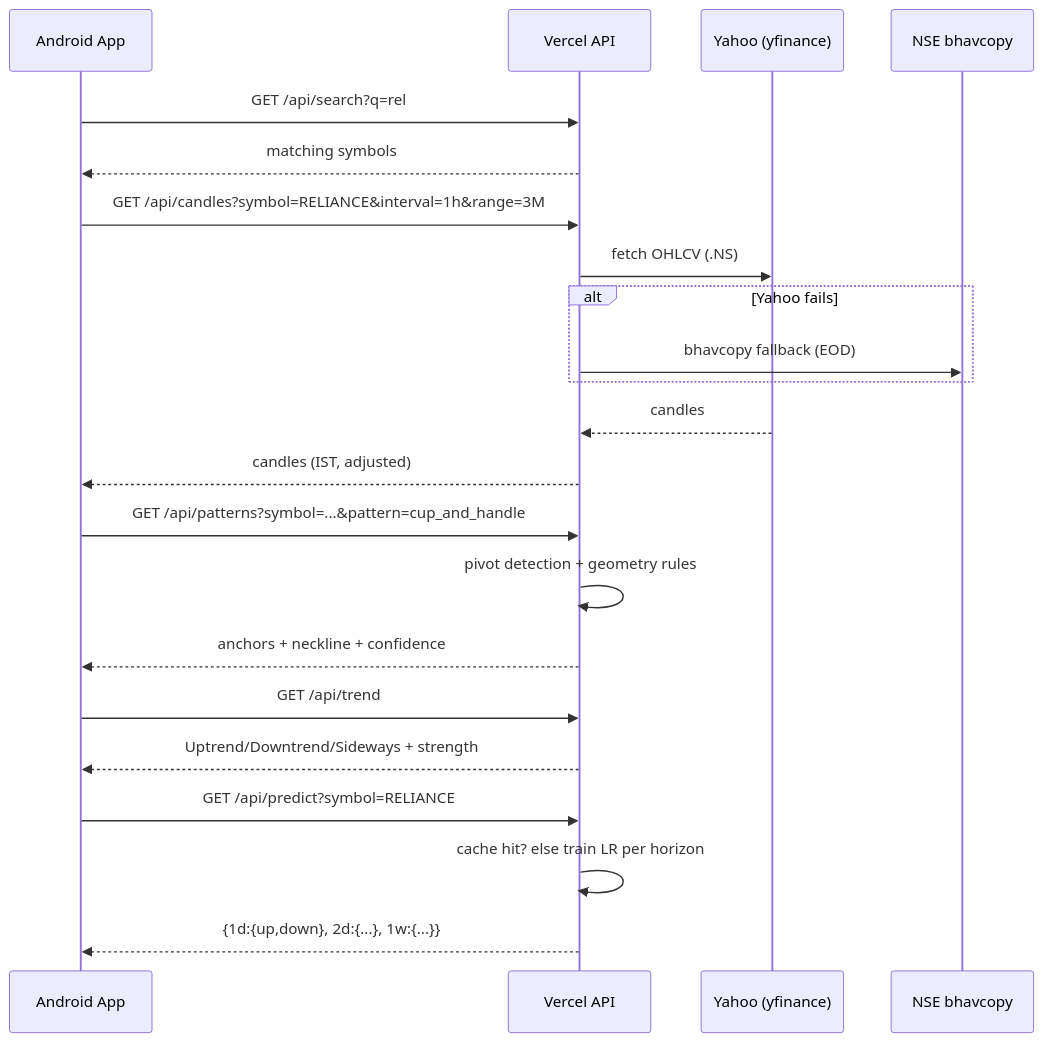
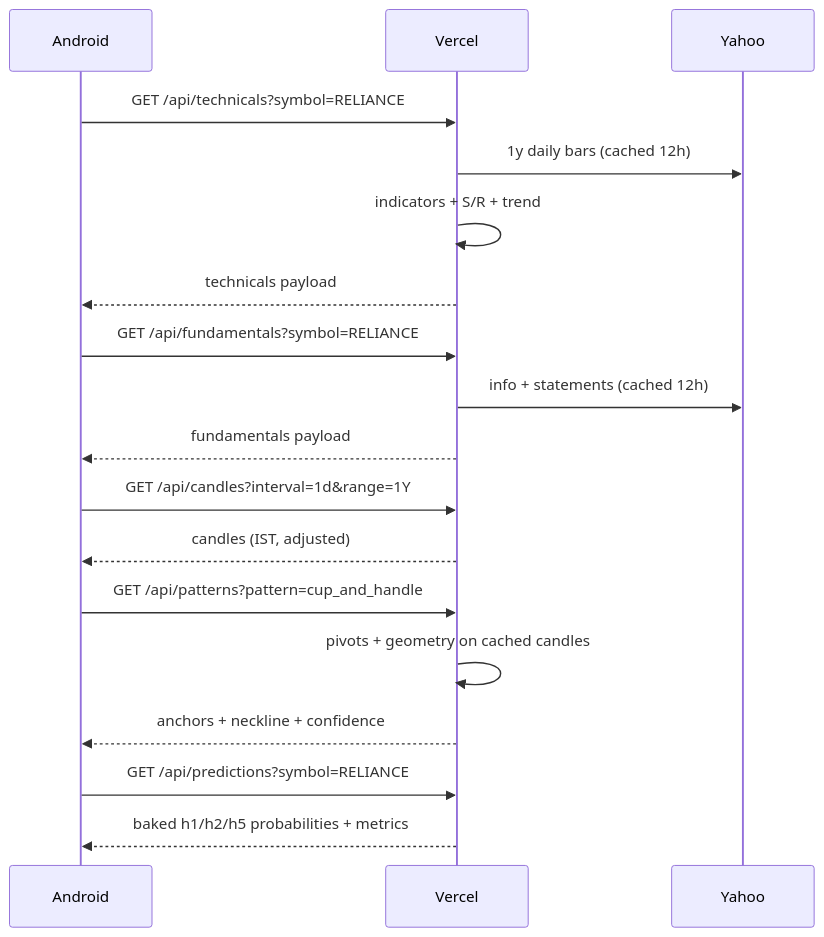
One commit to 5r1n1dh1/TechnicalPatternAnalysis changed the fourth of 4 diagrams in design/plan.md. Above: the diagram before and after it, drawn with Mermaid. The commit also changed other lines of this file, not shown here.

Commit message:
Rewrite plan: EOD-only architecture, 3 tabs, Kaggle-backed ML pipeline

````diff
--- a/design/plan.md
+++ b/design/plan.md
@@ -166,29 +280,24 @@
 ```mermaid
 sequenceDiagram
-    participant A as Android App
-    participant S as Vercel API
-    participant Y as Yahoo (yfinance)
-    participant N as NSE bhavcopy
+    participant A as Android
+    participant V as Vercel
+    participant Y as Yahoo
 
-    A->>S: GET /api/search?q=rel
-    S-->>A: matching symbols
+    A->>V: GET /api/technicals?symbol=RELIANCE
+    V->>Y: 1y daily bars (cached 12h)
+    V->>V: indicators + S/R + trend
+    V-->>A: technicals payload
 
-    A->>S: GET /api/candles?symbol=RELIANCE&interval=1h&range=3M
-    S->>Y: fetch OHLCV (.NS)
-    alt Yahoo fails
-        S->>N: bhavcopy fallback (EOD)
-    end
-    Y-->>S: candles
-    S-->>A: candles (IST, adjusted)
+    A->>V: GET /api/fundamentals?symbol=RELIANCE
+    V->>Y: info + statements (cached 12h)
+    V-->>A: fundamentals payload
 
-    A->>S: GET /api/patterns?symbol=...&pattern=cup_and_handle
-    S->>S: pivot detection + geometry rules
-    S-->>A: anchors + neckline + confidence
+    A->>V: GET /api/candles?interval=1d&range=1Y
+    V-->>A: candles (IST, adjusted)
+    A->>V: GET /api/patterns?pattern=cup_and_handle
+    V->>V: pivots + geometry on cached candles
+    V-->>A: anchors + neckline + confidence
 
-    A->>S: GET /api/trend
-    S-->>A: Uptrend/Downtrend/Sideways + strength
-
-    A->>S: GET /api/predict?symbol=RELIANCE
-    S->>S: cache hit? else train LR per horizon
-    S-->>A: {1d:{up,down}, 2d:{...}, 1w:{...}}
+    A->>V: GET /api/predictions?symbol=RELIANCE
+    V-->>A: baked h1/h2/h5 probabilities + metrics
 ```
````
